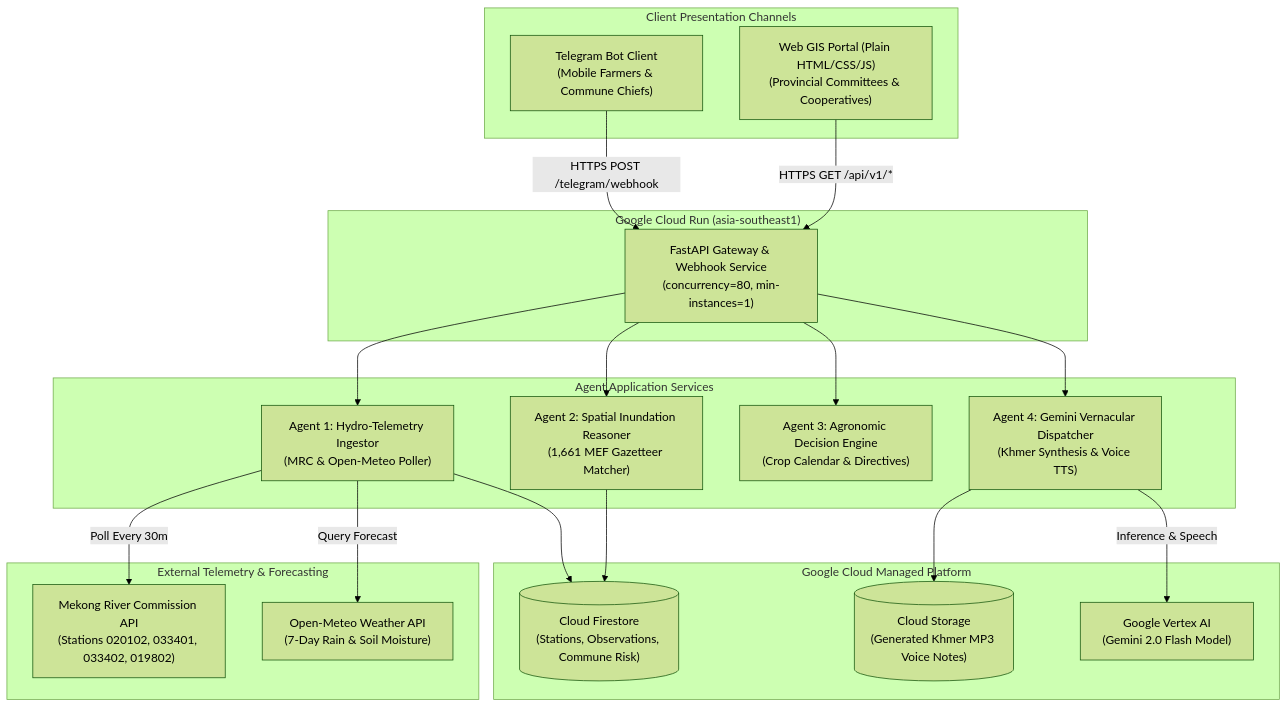
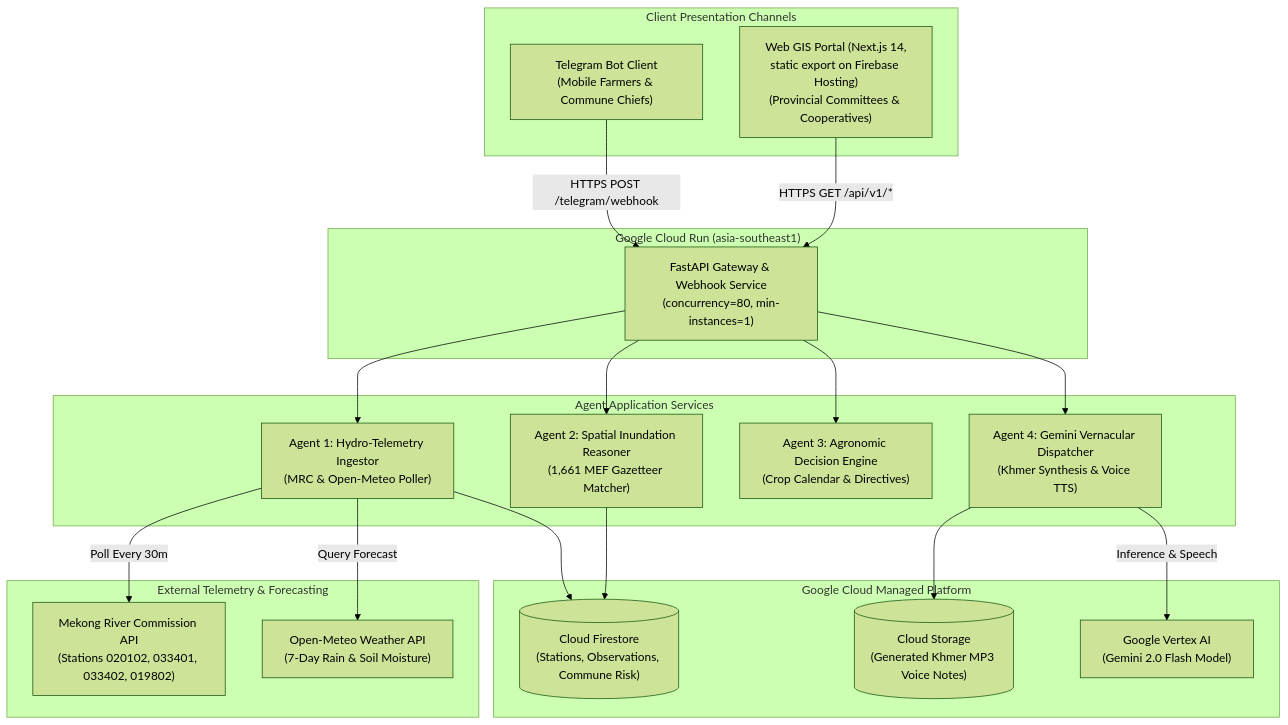
The first of 2 diagrams in technical-report.md (SunchhayK/mekongpulse), drawn with Mermaid (forest theme) before and after one commit. The commit also changed other lines of this file and 11 other files, not shown here.

First line of the commit message:
feat(web): deploy dashboard to Firebase Hosting (frontend 0.2.0)

````diff
--- a/technical-report.md
+++ b/technical-report.md
@@ -111,44 +111,44 @@
 ```mermaid
 flowchart TD
   subgraph ClientChannels["Client Presentation Channels"]
     Telegram["Telegram Bot Client\n(Mobile Farmers & Commune Chiefs)"]
-    WebDashboard["Web GIS Portal (Plain HTML/CSS/JS)\n(Provincial Committees & Cooperatives)"]
+    WebDashboard["Web GIS Portal (Next.js 14,\nstatic export on Firebase Hosting)\n(Provincial Committees & Cooperatives)"]
   end
 
   subgraph IngressPlatform["Google Cloud Run (asia-southeast1)"]
     FastAPIApp["FastAPI Gateway & Webhook Service\n(concurrency=80, min-instances=1)"]
   end
 
   subgraph MultiAgentEngine["Agent Application Services"]
     IngestAgent["Agent 1: Hydro-Telemetry Ingestor\n(MRC & Open-Meteo Poller)"]
     SpatialAgent["Agent 2: Spatial Inundation Reasoner\n(1,661 MEF Gazetteer Matcher)"]
     AgriAgent["Agent 3: Agronomic Decision Engine\n(Crop Calendar & Directives)"]
     VernacularAgent["Agent 4: Gemini Vernacular Dispatcher\n(Khmer Synthesis & Voice TTS)"]
   end
 
   subgraph GoogleCloudData["Google Cloud Managed Platform"]
     Firestore[("Cloud Firestore\n(Stations, Observations, Commune Risk)")]
     GCS[("Cloud Storage\n(Generated Khmer MP3 Voice Notes)")]
     VertexAI["Google Vertex AI\n(Gemini 2.0 Flash Model)"]
   end
 
   subgraph ExternalAPIs["External Telemetry & Forecasting"]
     MRC["Mekong River Commission API\n(Stations 020102, 033401, 033402, 019802)"]
     OpenMeteo["Open-Meteo Weather API\n(7-Day Rain & Soil Moisture)"]
   end
 
   Telegram -->|HTTPS POST /telegram/webhook| FastAPIApp
   WebDashboard -->|HTTPS GET /api/v1/*| FastAPIApp
   FastAPIApp --> IngestAgent
   FastAPIApp --> SpatialAgent
   FastAPIApp --> AgriAgent
   FastAPIApp --> VernacularAgent
 
   IngestAgent -->|Poll Every 30m| MRC
   IngestAgent -->|Query Forecast| OpenMeteo
   VernacularAgent -->|Inference & Speech| VertexAI
 
   IngestAgent --> Firestore
   SpatialAgent --> Firestore
   VernacularAgent --> GCS
 ```
````
